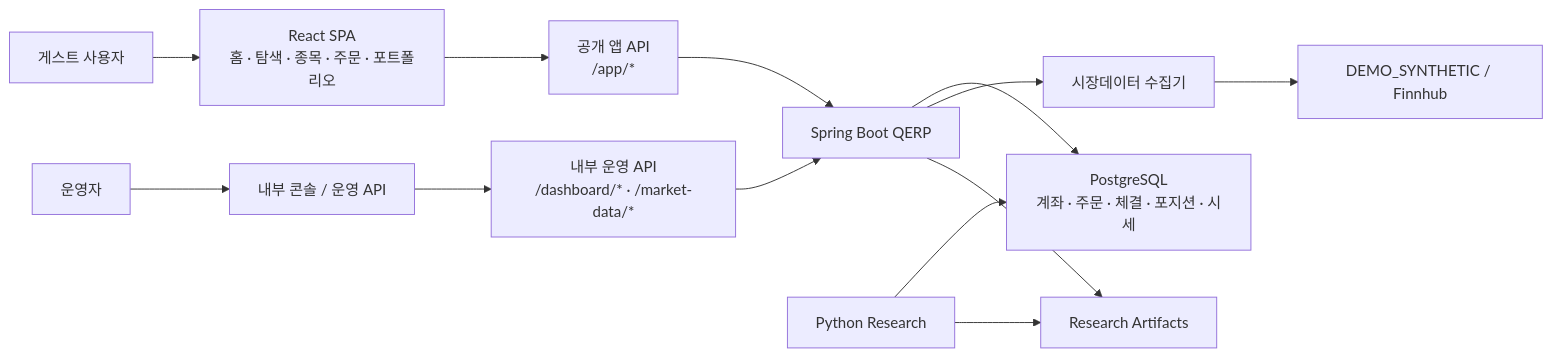
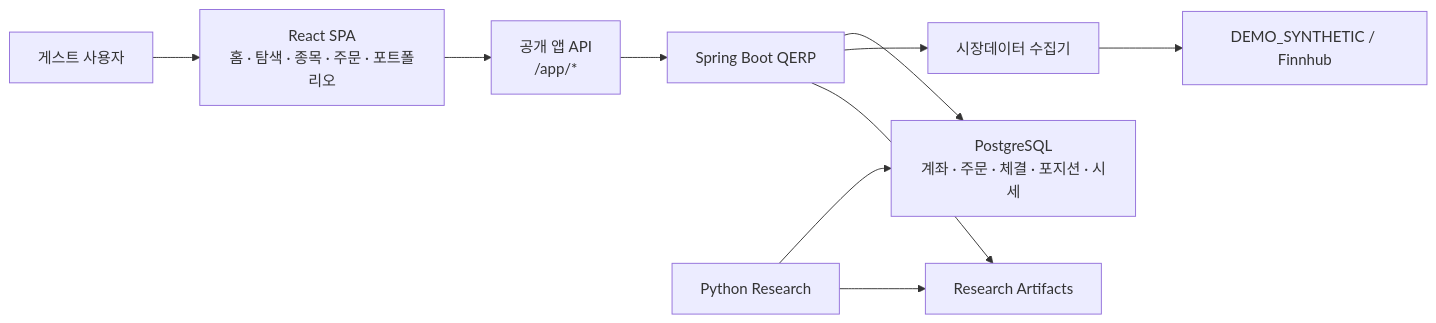
The first of 3 diagrams in README.md (Bonchang/quant-execution-risk-platform), drawn with Mermaid before and after one commit. The commit also changed other lines of this file and 1 other file, not shown here.

````diff
--- a/README.md
+++ b/README.md
@@ -59,15 +56,12 @@
 ```mermaid
 flowchart LR
     Guest["게스트 사용자"] --> SPA["React SPA<br/>홈 · 탐색 · 종목 · 주문 · 포트폴리오"]
-    Ops["운영자"] --> OpsUi["내부 콘솔 / 운영 API"]
     SPA --> PublicApi["공개 앱 API<br/>/app/*"]
-    OpsUi --> InternalApi["내부 운영 API<br/>/dashboard/* · /market-data/*"]
     PublicApi --> Service["Spring Boot QERP"]
-    InternalApi --> Service
     Service --> PG["PostgreSQL<br/>계좌 · 주문 · 체결 · 포지션 · 시세"]
     Service --> Ingestion["시장데이터 수집기"]
     Ingestion --> Source["DEMO_SYNTHETIC / Finnhub"]
     Research["Python Research"] --> PG
     Research --> Artifact["Research Artifacts"]
     Service --> Artifact
 ```
````
